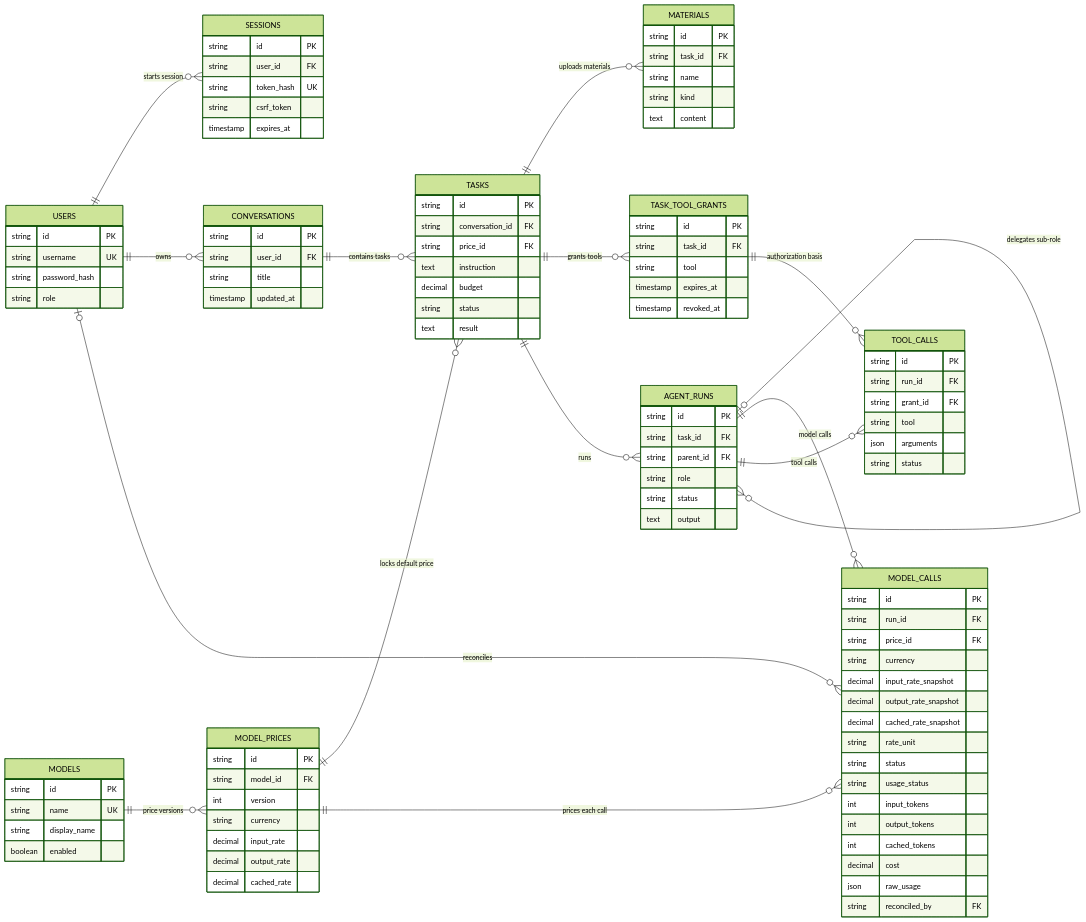
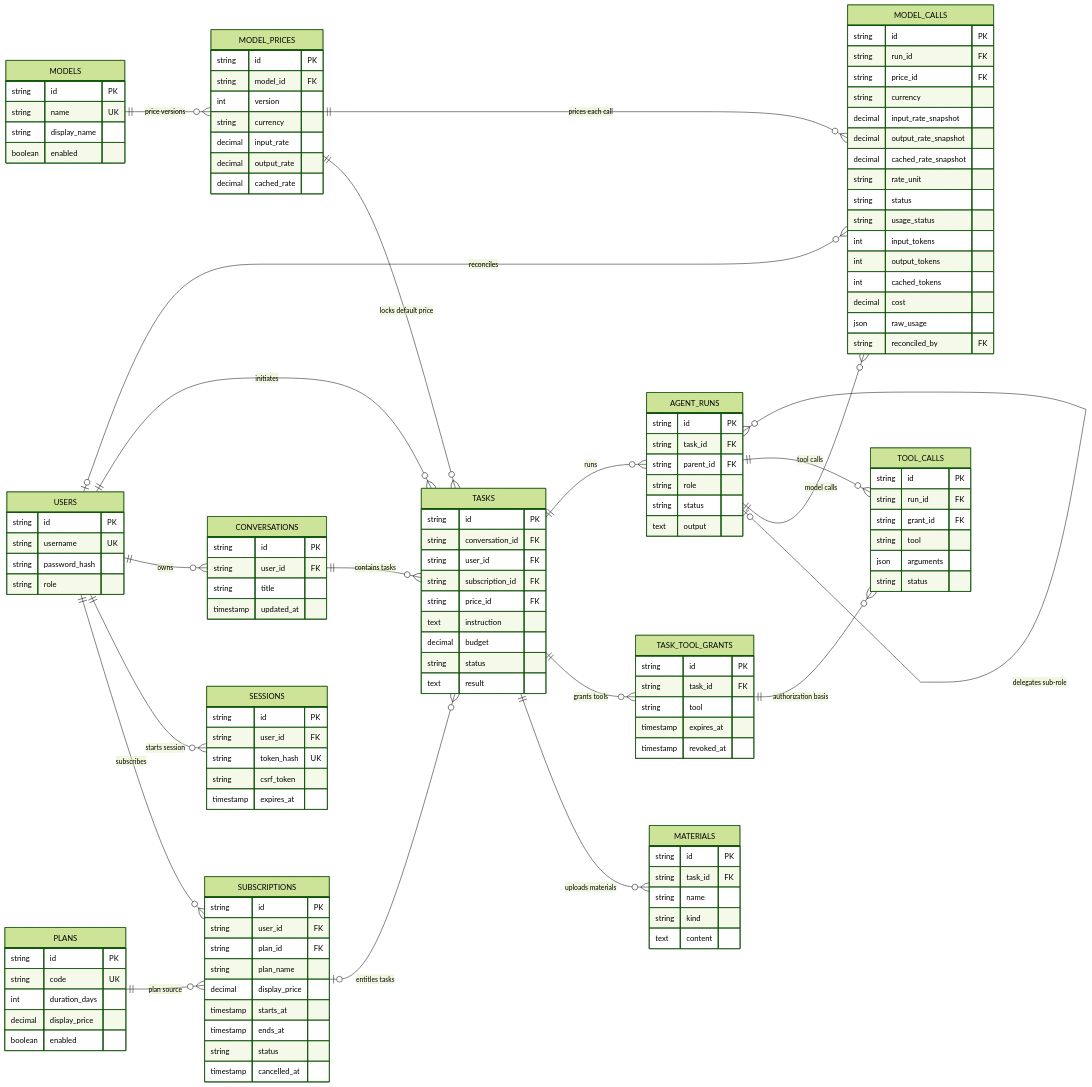
Before and after one commit to icey1287/agent-ledger: the diagram in docs/database-design.md, drawn with Mermaid (forest theme). The commit also changed other lines of this file and 7 other files, not shown here.

Commit message:
fix(db): merge v1.2 into current 15-table schema, keep subscription FK and enforce task ownership by trigger

```diff
--- a/docs/database-design.md
+++ b/docs/database-design.md
@@ -34,8 +33,31 @@
 erDiagram
     direction LR
 
+    USERS ||--o{ SUBSCRIPTIONS : "subscribes"
+    PLANS ||--o{ SUBSCRIPTIONS : "plan source"
+    SUBSCRIPTIONS |o--o{ TASKS : "entitles tasks"
+    PLANS {
+        string id PK
+        string code UK
+        int duration_days
+        decimal display_price
+        boolean enabled
+    }
+    SUBSCRIPTIONS {
+        string id PK
+        string user_id FK
+        string plan_id FK
+        string plan_name
+        decimal display_price
+        timestamp starts_at
+        timestamp ends_at
+        string status
+        timestamp cancelled_at
+    }
     USERS ||--o{ SESSIONS : "starts session"
     USERS ||--o{ CONVERSATIONS : "owns"
+    USERS ||--o{ TASKS : "initiates"
+    USERS |o--o{ MODEL_CALLS : "reconciles"
     CONVERSATIONS ||--o{ TASKS : "contains tasks"
     MODELS ||--o{ MODEL_PRICES : "price versions"
     MODEL_PRICES ||--o{ TASKS : "locks default price"
@@ -47,7 +69,6 @@
     AGENT_RUNS ||--o{ MODEL_CALLS : "model calls"
     AGENT_RUNS ||--o{ TOOL_CALLS : "tool calls"
     TASK_TOOL_GRANTS ||--o{ TOOL_CALLS : "authorization basis"
-    USERS |o--o{ MODEL_CALLS : "reconciles"
 
     USERS {
         string id PK
@@ -86,6 +107,8 @@
     TASKS {
         string id PK
         string conversation_id FK
+        string user_id FK
+        string subscription_id FK
         string price_id FK
         text instruction
         decimal budget
```
